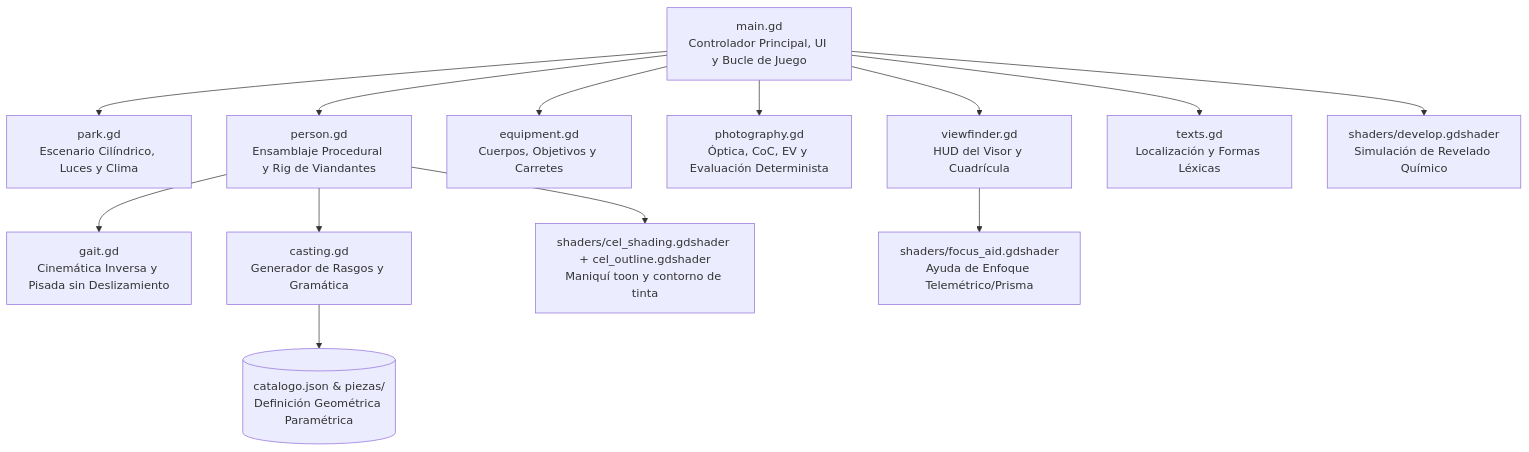
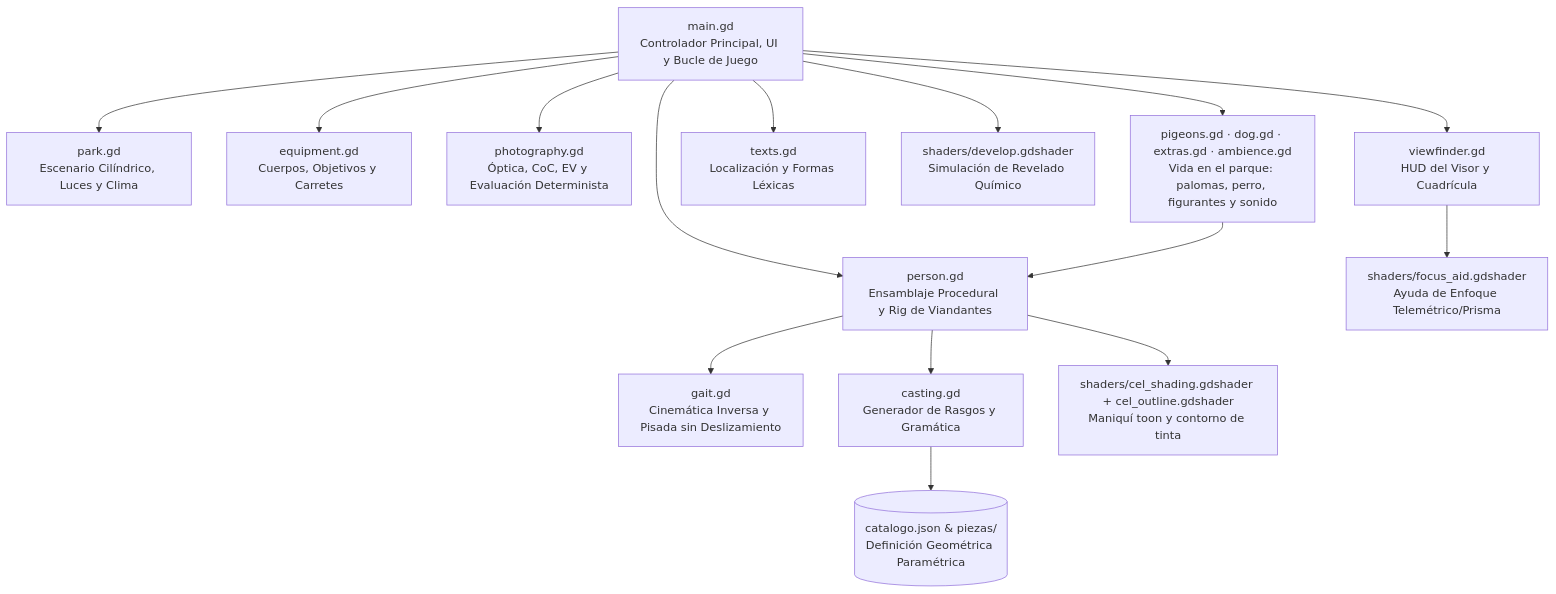
One commit to Ganso/proyecto-paparazzi changed the first of 2 diagrams in docs/ARQUITECTURA.md. Above: the diagram before and after it, drawn with Mermaid. The commit also changed other lines of this file and 9 other files, not shown here.

Commit message:
docs: vida en el parque (19), marcha suave, sonido, pruebas y hoja de ruta renumerada

````diff
--- a/docs/ARQUITECTURA.md
+++ b/docs/ARQUITECTURA.md
@@ -23,17 +23,19 @@
 ```mermaid
 graph TD
     A[main.gd<br/>Controlador Principal, UI y Bucle de Juego] --> B[park.gd<br/>Escenario Cilíndrico, Luces y Clima]
     A --> C[person.gd<br/>Ensamblaje Procedural y Rig de Viandantes]
     A --> D[equipment.gd<br/>Cuerpos, Objetivos y Carretes]
     A --> E[photography.gd<br/>Óptica, CoC, EV y Evaluación Determinista]
     A --> F[viewfinder.gd<br/>HUD del Visor y Cuadrícula]
     A --> G[texts.gd<br/>Localización y Formas Léxicas]
 
     C --> H[gait.gd<br/>Cinemática Inversa y Pisada sin Deslizamiento]
     C --> I[casting.gd<br/>Generador de Rasgos y Gramática]
     I --> J[(catalogo.json & piezas/<br/>Definición Geométrica Paramétrica)]
 
     A --> K[shaders/develop.gdshader<br/>Simulación de Revelado Químico]
     F --> L[shaders/focus_aid.gdshader<br/>Ayuda de Enfoque Telemétrico/Prisma]
     C --> M[shaders/cel_shading.gdshader + cel_outline.gdshader<br/>Maniquí toon y contorno de tinta]
+    A --> N[pigeons.gd · dog.gd · extras.gd · ambience.gd<br/>Vida en el parque: palomas, perro, figurantes y sonido]
+    N --> C
 ```
````
